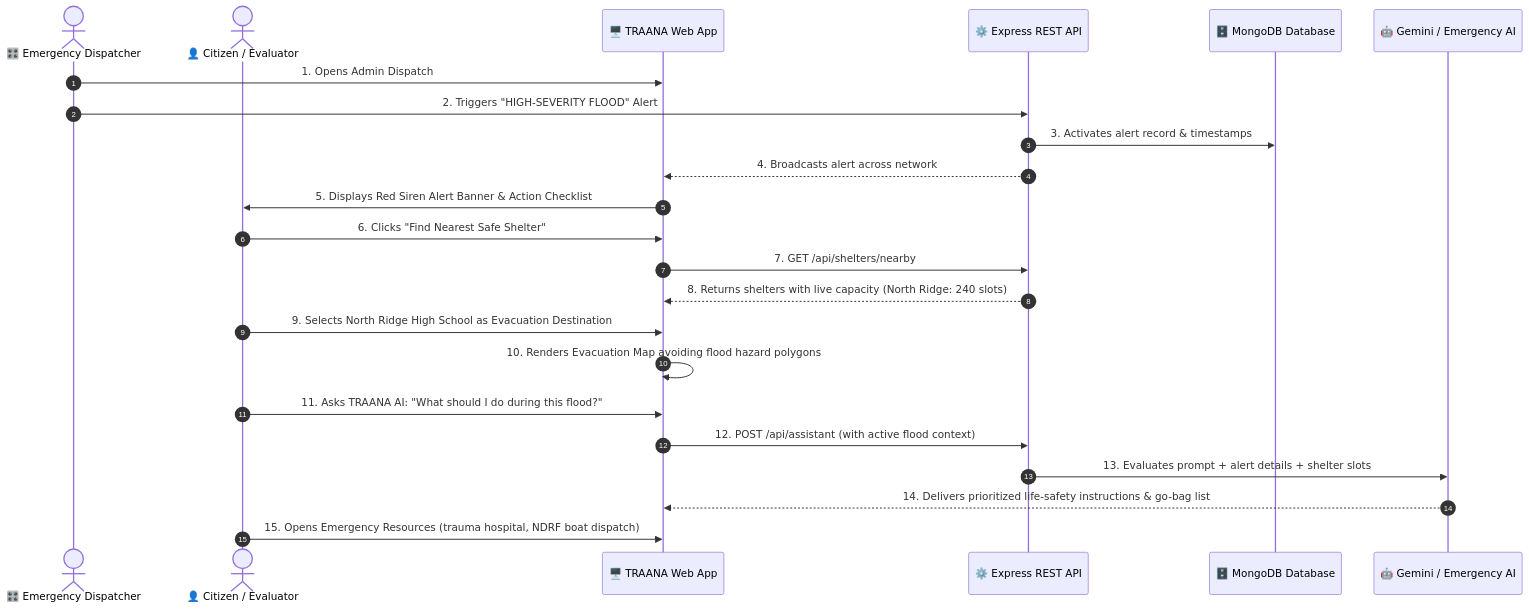
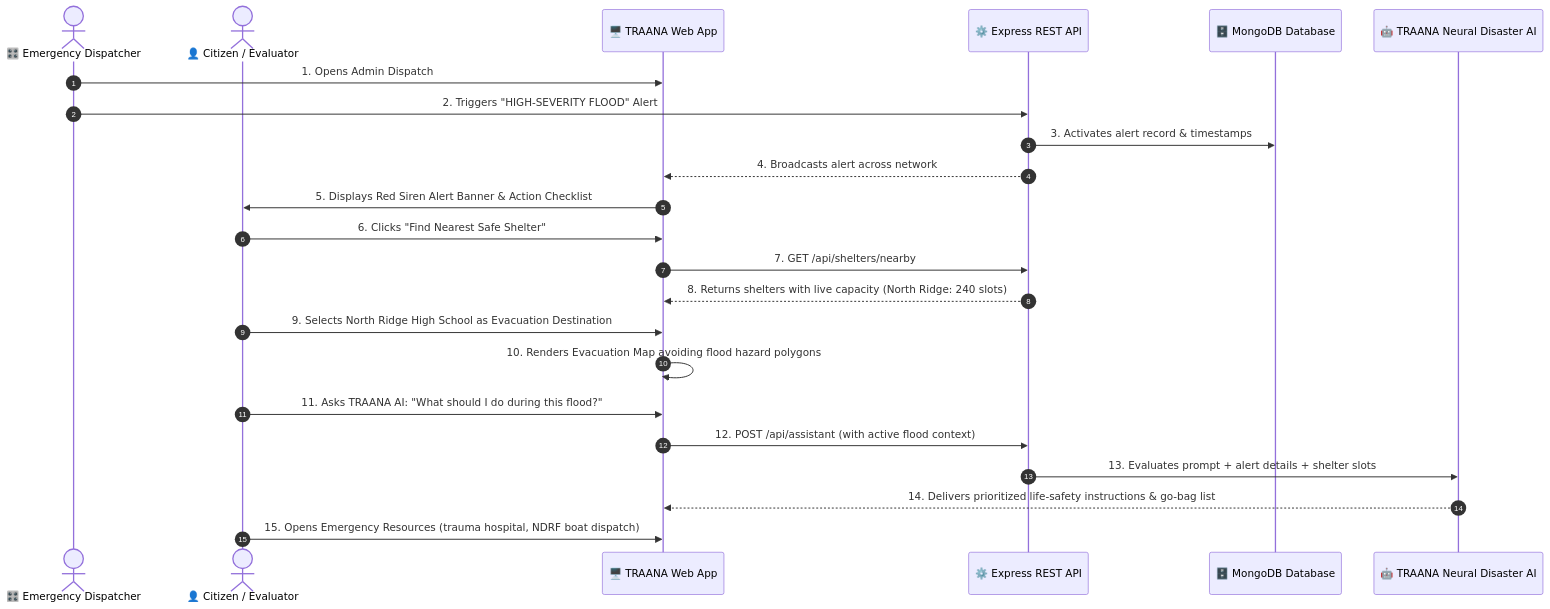
The third of 3 diagrams in README.md (Swas00/traana-mvp), drawn with Mermaid before and after one commit. The commit also changed other lines of this file and 16 other files, not shown here.

Commit message:
feat: Add dark/light mode, transparent early-warning radar visual, 2-wheeler routing, full calamity spectrum, Indian languages (EN/HI/BN/TA), and rebrand AI to TRAANA Neural Engine

````diff
--- a/README.md
+++ b/README.md
@@ -154,26 +154,26 @@
 ```mermaid
 sequenceDiagram
     autonumber
     actor Admin as 🎛️ Emergency Dispatcher
     actor Citizen as 👤 Citizen / Evaluator
     participant Frontend as 🖥️ TRAANA Web App
     participant Backend as ⚙️ Express REST API
     participant DB as 🗄️ MongoDB Database
-    participant AI as 🤖 Gemini / Emergency AI
+    participant AI as 🤖 TRAANA Neural Disaster AI
 
     Admin->>Frontend: 1. Opens Admin Dispatch
     Admin->>Backend: 2. Triggers "HIGH-SEVERITY FLOOD" Alert
     Backend->>DB: 3. Activates alert record & timestamps
     Backend-->>Frontend: 4. Broadcasts alert across network
     Frontend->>Citizen: 5. Displays Red Siren Alert Banner & Action Checklist
     Citizen->>Frontend: 6. Clicks "Find Nearest Safe Shelter"
     Frontend->>Backend: 7. GET /api/shelters/nearby
     Backend-->>Frontend: 8. Returns shelters with live capacity (North Ridge: 240 slots)
     Citizen->>Frontend: 9. Selects North Ridge High School as Evacuation Destination
     Frontend->>Frontend: 10. Renders Evacuation Map avoiding flood hazard polygons
     Citizen->>Frontend: 11. Asks TRAANA AI: "What should I do during this flood?"
     Frontend->>Backend: 12. POST /api/assistant (with active flood context)
     Backend->>AI: 13. Evaluates prompt + alert details + shelter slots
     AI-->>Frontend: 14. Delivers prioritized life-safety instructions & go-bag list
     Citizen->>Frontend: 15. Opens Emergency Resources (trauma hospital, NDRF boat dispatch)
 ```
````
